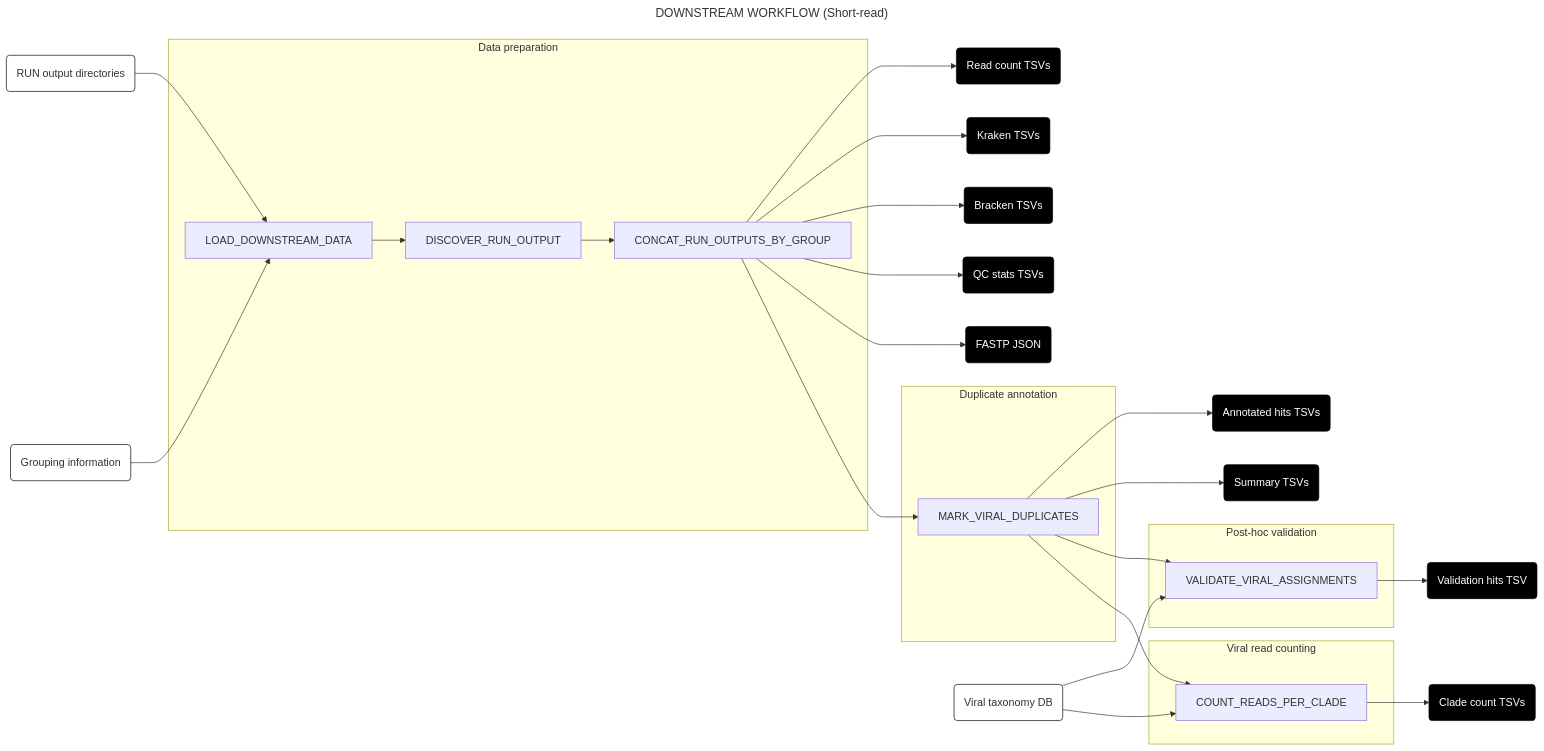
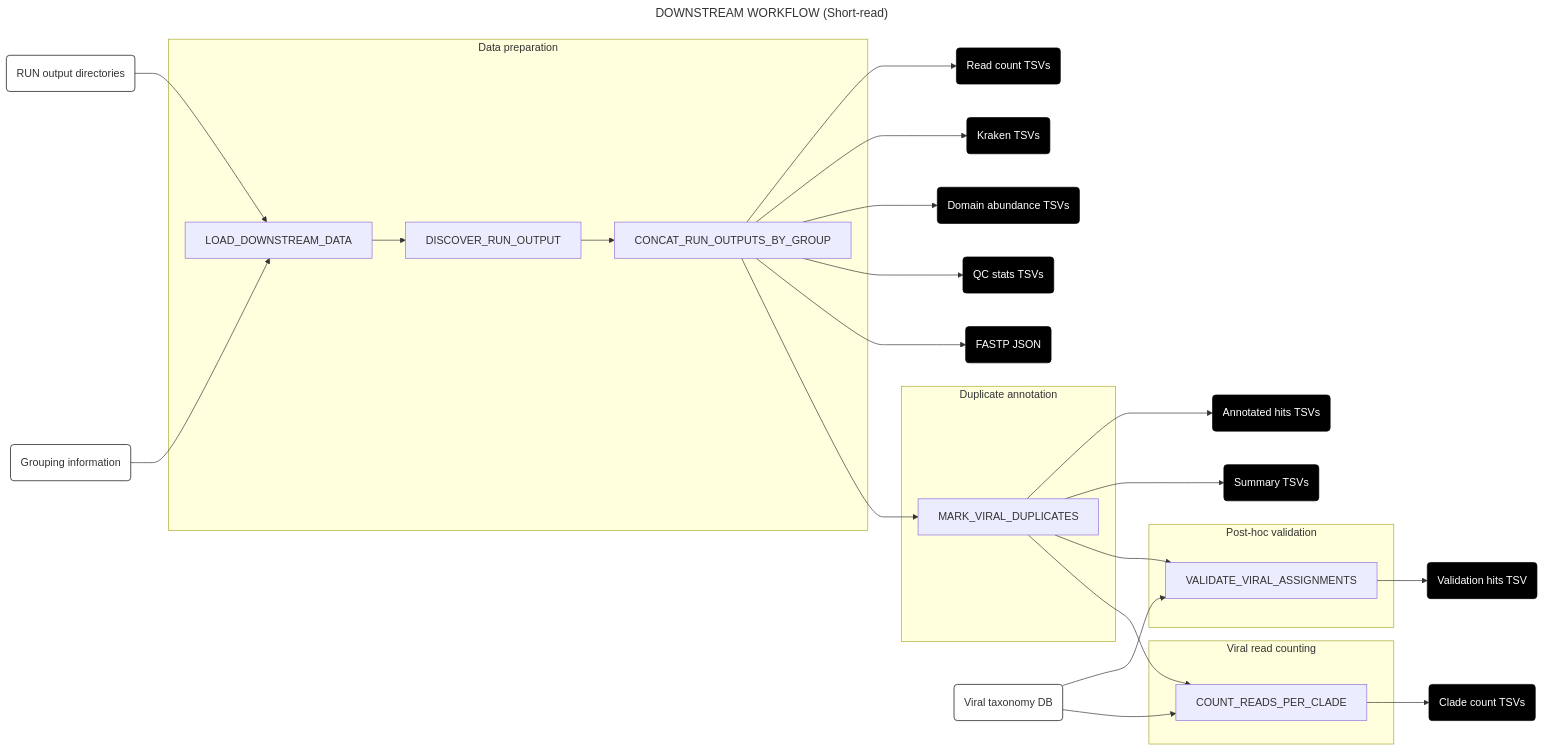
The first of 10 diagrams in docs/downstream.md (securebio/nao-mgs-workflow), drawn with Mermaid before and after one commit. The commit also changed other lines of this file and 21 other files, not shown here.

````diff
--- a/docs/downstream.md
+++ b/docs/downstream.md
@@ -17,51 +17,51 @@
 ```mermaid
 ---
 title: DOWNSTREAM WORKFLOW (Short-read)
 config:
   layout: horizontal
 ---
 flowchart LR
 A(RUN output directories) & B(Grouping information) --> C[LOAD_DOWNSTREAM_DATA]
 C --> N[DISCOVER_RUN_OUTPUT]
 N --> O[CONCAT_RUN_OUTPUTS_BY_GROUP]
 O --> S(Read count TSVs)
 O --> KR(Kraken TSVs)
-O --> BR(Bracken TSVs)
+O --> BR(Domain abundance TSVs)
 O --> QC(QC stats TSVs)
 O --> FJ(FASTP JSON)
 O --> E[MARK_VIRAL_DUPLICATES]
 E --> J(Annotated hits TSVs)
 E --> K(Summary TSVs)
 E --> F[VALIDATE_VIRAL_ASSIGNMENTS]
 G(Viral taxonomy DB) --> F
 F --> H(Validation hits TSV)
 G --> L[COUNT_READS_PER_CLADE]
 E --> L
 L --> M(Clade count TSVs)
 subgraph "Data preparation"
 C
 N
 O
 end
 subgraph "Duplicate annotation"
 E
 end
 subgraph "Post-hoc validation"
 F
 end
 subgraph "Viral read counting"
 L
 end
 style A fill:#fff,stroke:#000
 style B fill:#fff,stroke:#000
 style G fill:#fff,stroke:#000
 style H fill:#000,color:#fff,stroke:#000
 style J fill:#000,color:#fff,stroke:#000
 style K fill:#000,color:#fff,stroke:#000
 style M fill:#000,color:#fff,stroke:#000
 style S fill:#000,color:#fff,stroke:#000
 style KR fill:#000,color:#fff,stroke:#000
 style BR fill:#000,color:#fff,stroke:#000
 style QC fill:#000,color:#fff,stroke:#000
 style FJ fill:#000,color:#fff,stroke:#000
 ```
````
